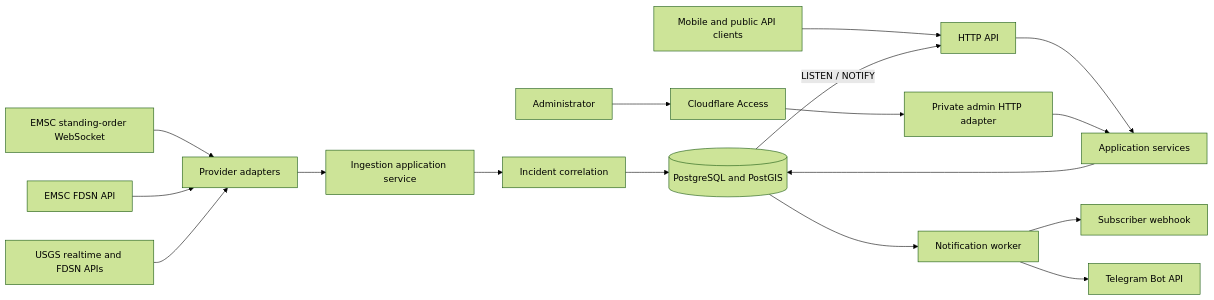
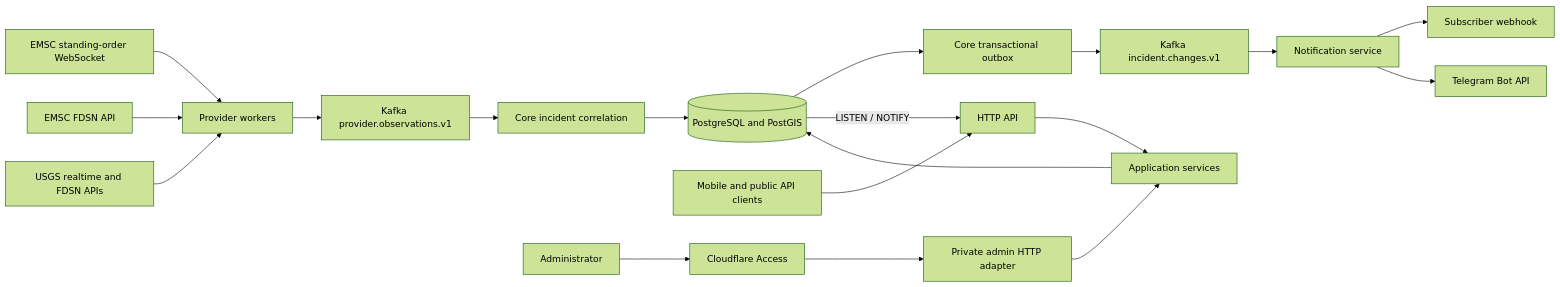
Before and after one commit to stanislavdev3/shaker: the first of 2 diagrams in docs/architecture.md, drawn with Mermaid (forest theme). The commit also changed other lines of this file and 52 other files, not shown here.

Commit message:
Deploy Shaker microservice architecture

````diff
--- a/docs/architecture.md
+++ b/docs/architecture.md
@@ -5,19 +5,21 @@
 ```mermaid
 flowchart LR
-    EMSCWS[EMSC standing-order WebSocket] --> Providers[Provider adapters]
+    EMSCWS[EMSC standing-order WebSocket] --> Providers[Provider workers]
     EMSCFDSN[EMSC FDSN API] --> Providers
     USGS[USGS realtime and FDSN APIs] --> Providers
-    Providers --> Ingestion[Ingestion application service]
-    Ingestion --> Correlation[Incident correlation]
+    Providers --> KafkaIn[Kafka provider.observations.v1]
+    KafkaIn --> Correlation[Core incident correlation]
     Correlation --> DB[(PostgreSQL and PostGIS)]
+    DB --> Outbox[Core transactional outbox]
+    Outbox --> KafkaOut[Kafka incident.changes.v1]
     Client[Mobile and public API clients] --> API[HTTP API]
     Admin[Administrator] --> Access[Cloudflare Access]
     Access --> AdminUI[Private admin HTTP adapter]
     API --> Application[Application services]
     AdminUI --> Application
     Application --> DB
     DB -- LISTEN / NOTIFY --> API
-    DB --> Worker[Notification worker]
+    KafkaOut --> Worker[Notification service]
     Worker --> Webhook[Subscriber webhook]
     Worker --> Telegram[Telegram Bot API]
 ```
````
